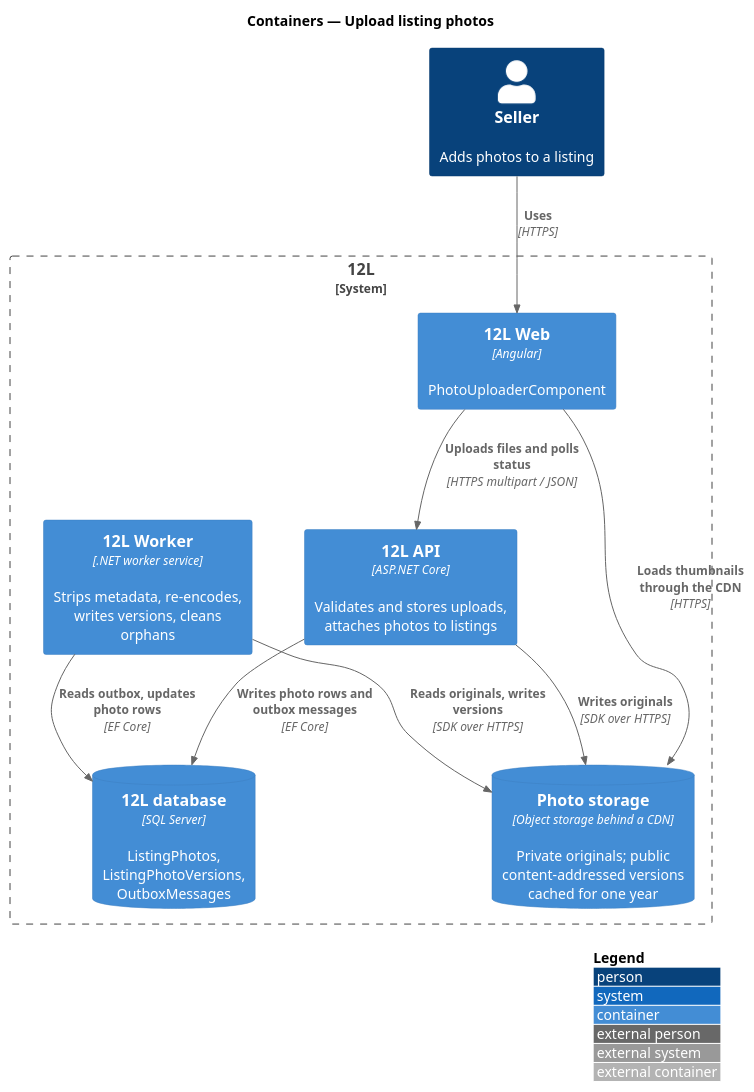
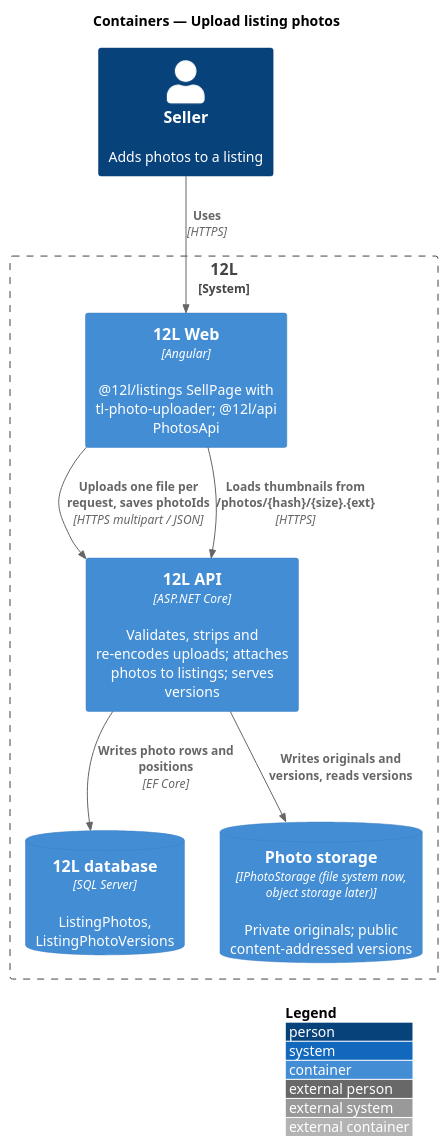
The diagram in docs/detailed-designs/listings/upload-listing-photos/diagrams/c4-container.puml (QuinntyneBrown/12l), drawn with PlantUML before and after one commit. The commit also changed 57 other files, not shown here.

Commit message:
Document upload-listing-photos: design, ADRs, design system, composition, estimates

```diff
--- a/docs/detailed-designs/listings/upload-listing-photos/diagrams/c4-container.puml
+++ b/docs/detailed-designs/listings/upload-listing-photos/diagrams/c4-container.puml
@@ -1,22 +1,19 @@
 @startuml
 !include <C4/C4_Container>
 LAYOUT_WITH_LEGEND()
 title Containers — Upload listing photos
 
 Person(seller, "Seller", "Adds photos to a listing")
 System_Boundary(twelvel, "12L") {
-  Container(web, "12L Web", "Angular", "PhotoUploaderComponent")
-  Container(api, "12L API", "ASP.NET Core", "Validates and stores uploads, attaches photos to listings")
-  Container(worker, "12L Worker", ".NET worker service", "Strips metadata, re-encodes, writes versions, cleans orphans")
-  ContainerDb(db, "12L database", "SQL Server", "ListingPhotos, ListingPhotoVersions, OutboxMessages")
-  ContainerDb(storage, "Photo storage", "Object storage behind a CDN", "Private originals; public content-addressed versions cached for one year")
+  Container(web, "12L Web", "Angular", "@12l/listings SellPage with tl-photo-uploader; @12l/api PhotosApi")
+  Container(api, "12L API", "ASP.NET Core", "Validates, strips and re-encodes uploads; attaches photos to listings; serves versions")
+  ContainerDb(db, "12L database", "SQL Server", "ListingPhotos, ListingPhotoVersions")
+  ContainerDb(storage, "Photo storage", "IPhotoStorage (file system now, object storage later)", "Private originals; public content-addressed versions")
 }
 
 Rel(seller, web, "Uses", "HTTPS")
-Rel(web, api, "Uploads files and polls status", "HTTPS multipart / JSON")
-Rel(api, storage, "Writes originals", "SDK over HTTPS")
-Rel(api, db, "Writes photo rows and outbox messages", "EF Core")
-Rel(worker, db, "Reads outbox, updates photo rows", "EF Core")
-Rel(worker, storage, "Reads originals, writes versions", "SDK over HTTPS")
-Rel(web, storage, "Loads thumbnails through the CDN", "HTTPS")
+Rel(web, api, "Uploads one file per request, saves photoIds", "HTTPS multipart / JSON")
+Rel(api, storage, "Writes originals and versions, reads versions")
+Rel(api, db, "Writes photo rows and positions", "EF Core")
+Rel(web, api, "Loads thumbnails from /photos/{hash}/{size}.{ext}", "HTTPS")
 @enduml
```
